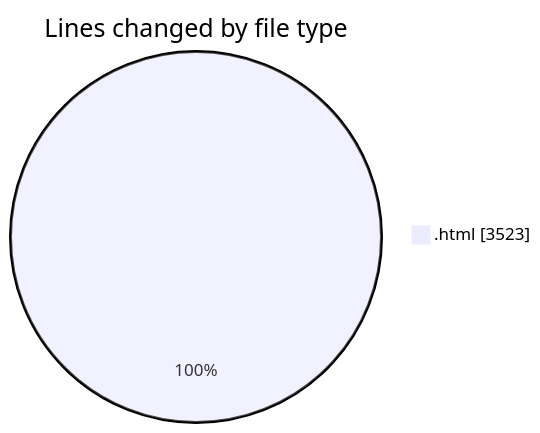
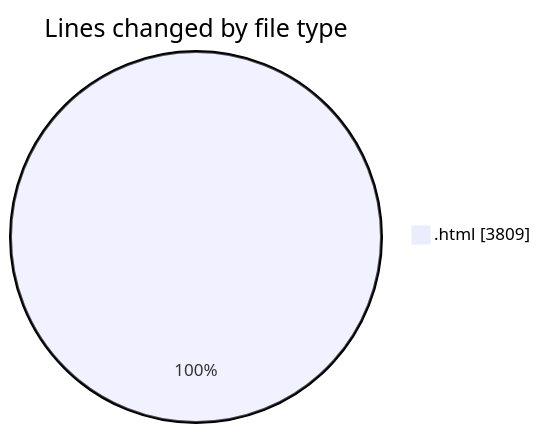
One commit to nxtqubesakshisongat/code-tracking changed the first of 2 diagrams in 2025-08-10/nxtqube_webapp/README.md. Above: the diagram before and after it, drawn with Mermaid. The commit also changed other lines of this file and 1 other file, not shown here.

````diff
--- a/2025-08-10/nxtqube_webapp/README.md
+++ b/2025-08-10/nxtqube_webapp/README.md
@@ -21,5 +21,5 @@
 ```mermaid
 pie showData
 title Lines changed by file type
-".html" : 3523
+".html" : 3809
 ```
````
